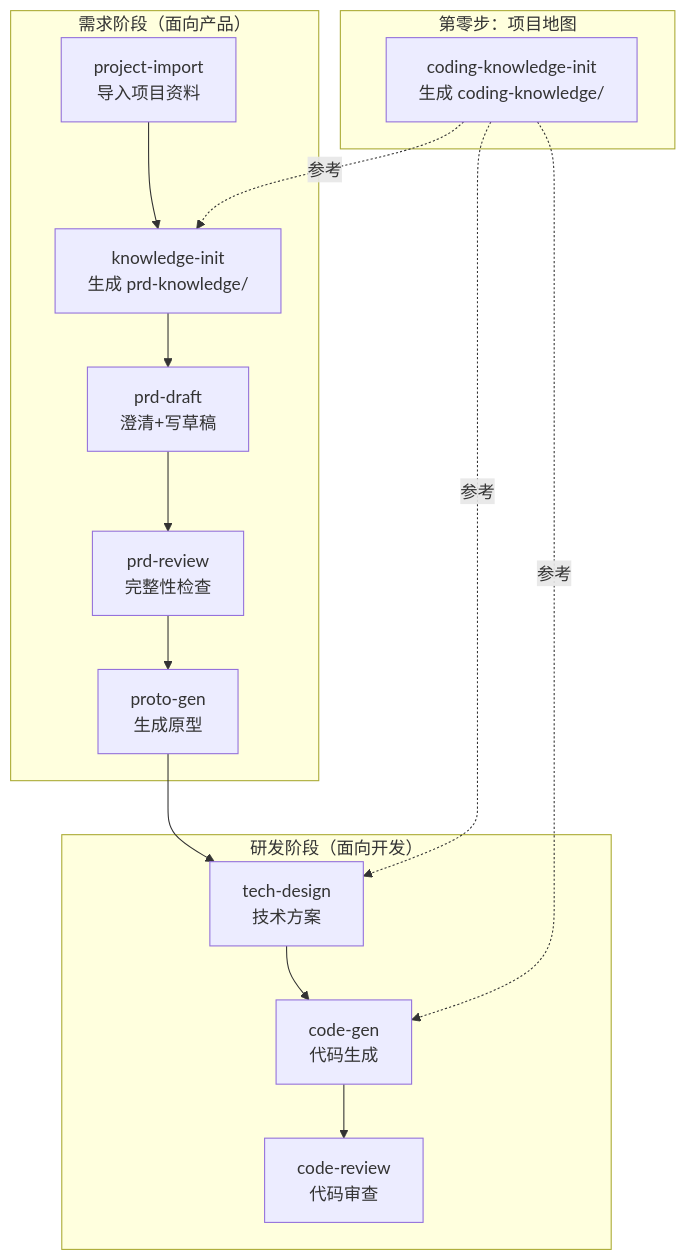
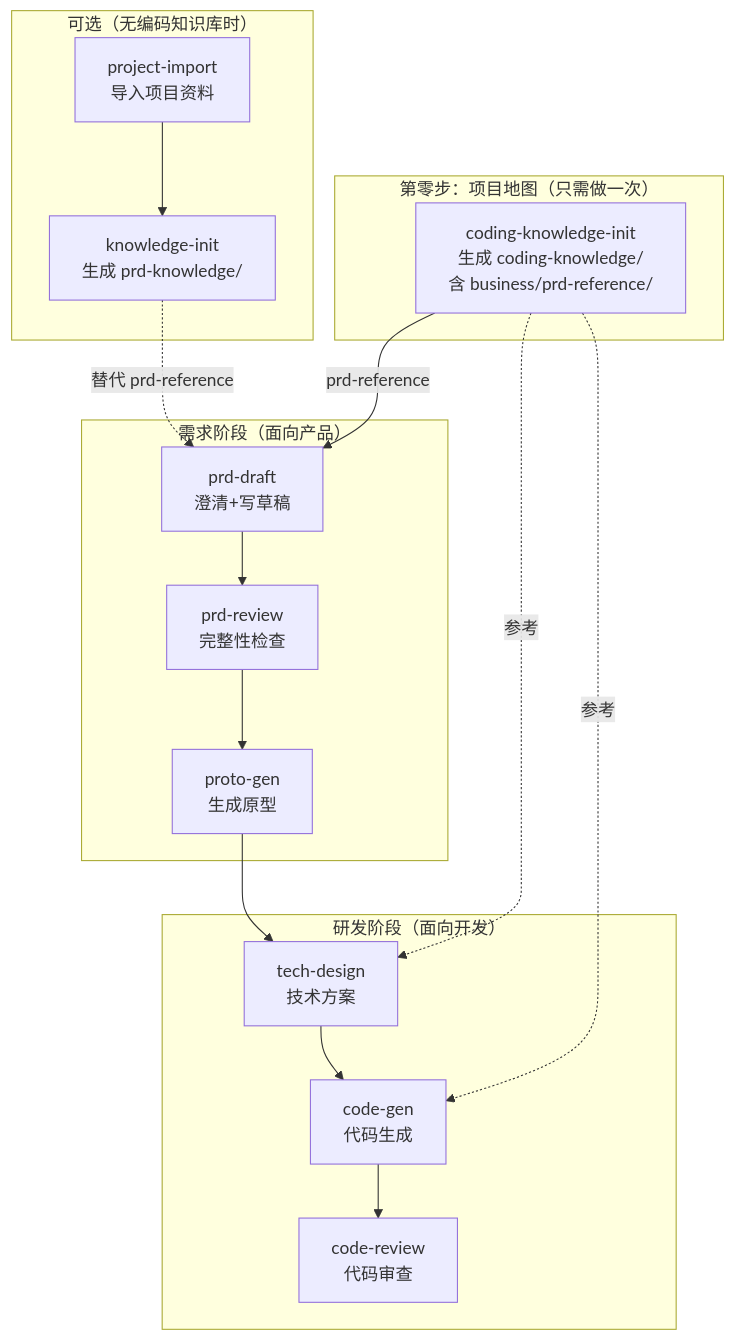
Before and after one commit to wuyining0130/c-room: the diagram in README.md, drawn with Mermaid.

Commit message:
更新流程图：主线从 coding-knowledge 直达 prd-draft，project-import/knowledge-init 改为可选

````diff
--- a/README.md
+++ b/README.md
@@ -160,25 +160,32 @@
 ```mermaid
 flowchart TD
-    subgraph 基础["第零步：项目地图"]
-        CKI["coding-knowledge-init<br/>生成 coding-knowledge/"]
+    subgraph 基础["第零步：项目地图（只需做一次）"]
+        CKI["coding-knowledge-init<br/>生成 coding-knowledge/<br/>含 business/prd-reference/"]
     end
 
     subgraph PRD["需求阶段（面向产品）"]
-        PI["project-import<br/>导入项目资料"] --> KI["knowledge-init<br/>生成 prd-knowledge/"]
-        KI --> PD["prd-draft<br/>澄清+写草稿"]
-        PD --> PR["prd-review<br/>完整性检查"]
-        PR --> PG["proto-gen<br/>生成原型"]
+        PD["prd-draft<br/>澄清+写草稿"]
+        PR["prd-review<br/>完整性检查"]
+        PG["proto-gen<br/>生成原型"]
+        PD --> PR --> PG
     end
 
     subgraph DEV["研发阶段（面向开发）"]
         TD_["tech-design<br/>技术方案"]
         CG["code-gen<br/>代码生成"]
         CR["code-review<br/>代码审查"]
         TD_ --> CG --> CR
     end
 
-    CKI -.->|参考| KI
+    subgraph OPT["可选（无编码知识库时）"]
+        PI["project-import<br/>导入项目资料"]
+        KI["knowledge-init<br/>生成 prd-knowledge/"]
+        PI --> KI
+    end
+
+    CKI -->|prd-reference| PD
     CKI -.->|参考| TD_
+    CKI -.->|参考| CG
     PG --> TD_
-    CKI -.->|参考| CG
+    KI -.->|替代 prd-reference| PD
 ```
````
